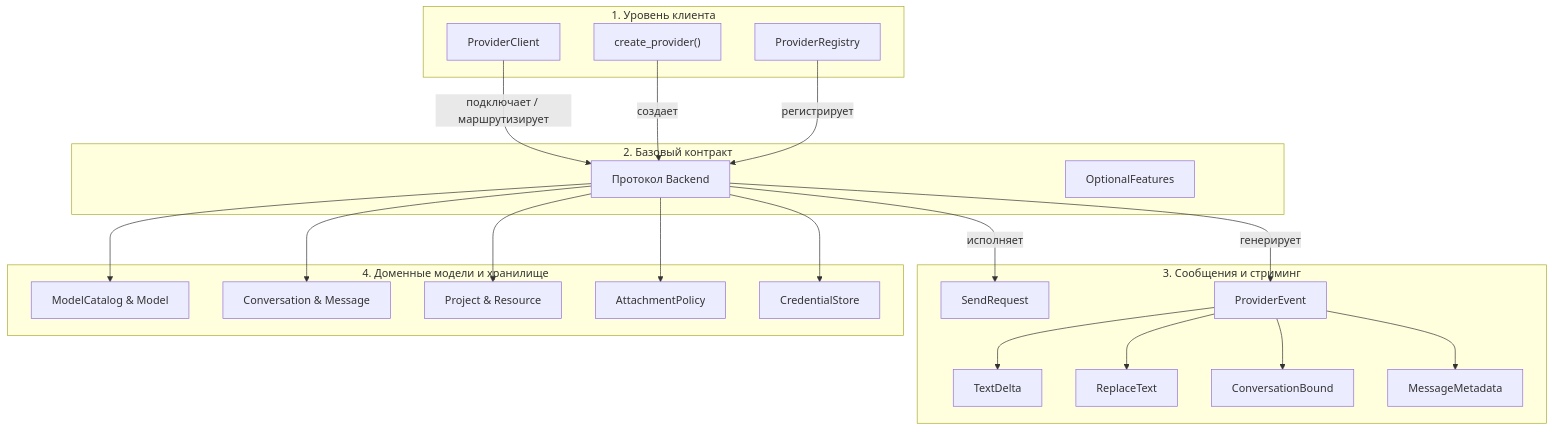
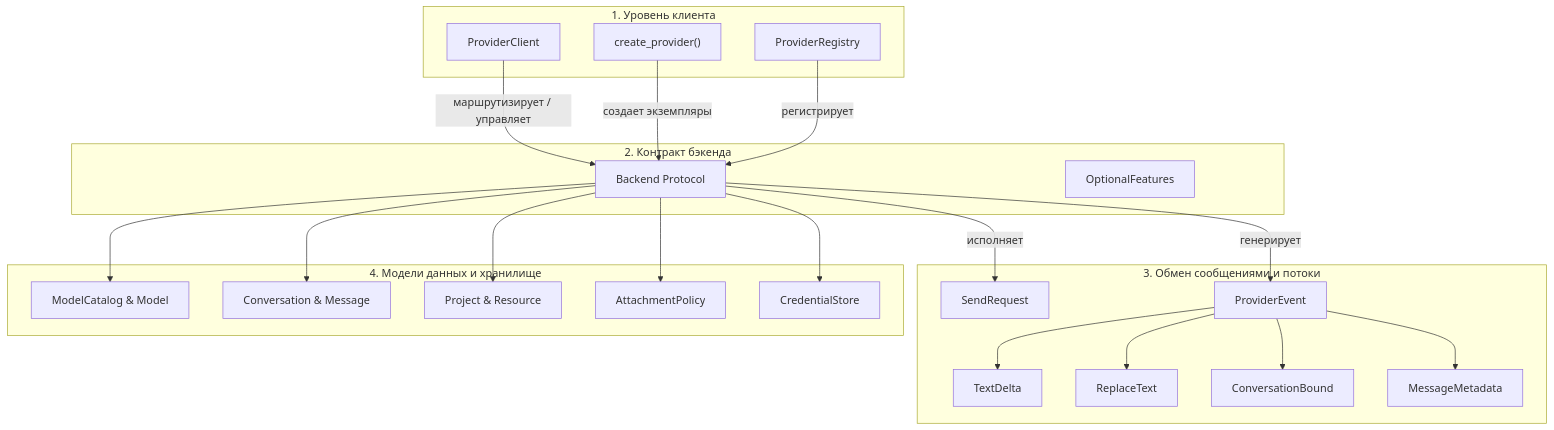
Before and after one commit to TahsinCr/webai-provider: the first of 2 diagrams in README-RU.md, drawn with Mermaid. The commit also changed other lines of this file and 2 other files, not shown here.

````diff
--- a/README-RU.md
+++ b/README-RU.md
@@ -110,39 +112,39 @@
 ```mermaid
 flowchart TD
     subgraph ClientLayer["1. Уровень клиента"]
         PC["ProviderClient"]
         PR["ProviderRegistry"]
         CP["create_provider()"]
     end
 
-    subgraph ContractLayer["2. Базовый контракт"]
-        BE["Протокол Backend"]
+    subgraph ContractLayer["2. Контракт бэкенда"]
+        BE["Backend Protocol"]
         OF["OptionalFeatures"]
     end
 
-    subgraph MessagingLayer["3. Сообщения и стриминг"]
+    subgraph MessagingLayer["3. Обмен сообщениями и потоки"]
         SR["SendRequest"]
         PE["ProviderEvent"]
         TD["TextDelta"]
         RT["ReplaceText"]
         CB["ConversationBound"]
         MM["MessageMetadata"]
     end
 
-    subgraph DomainLayer["4. Доменные модели и хранилище"]
+    subgraph DomainLayer["4. Модели данных и хранилище"]
         MC["ModelCatalog & Model"]
         CV["Conversation & Message"]
         PJ["Project & Resource"]
         AP["AttachmentPolicy"]
         CS["CredentialStore"]
     end
 
-    PC -->|подключает / маршрутизирует| BE
-    CP -->|создает| BE
+    PC -->|маршрутизирует / управляет| BE
+    CP -->|создает экземпляры| BE
     PR -->|регистрирует| BE
     BE -->|исполняет| SR
     BE -->|генерирует| PE
     PE --> TD & RT & CB & MM
     BE --> MC & CV & PJ
     BE --> AP & CS
 ```
````
